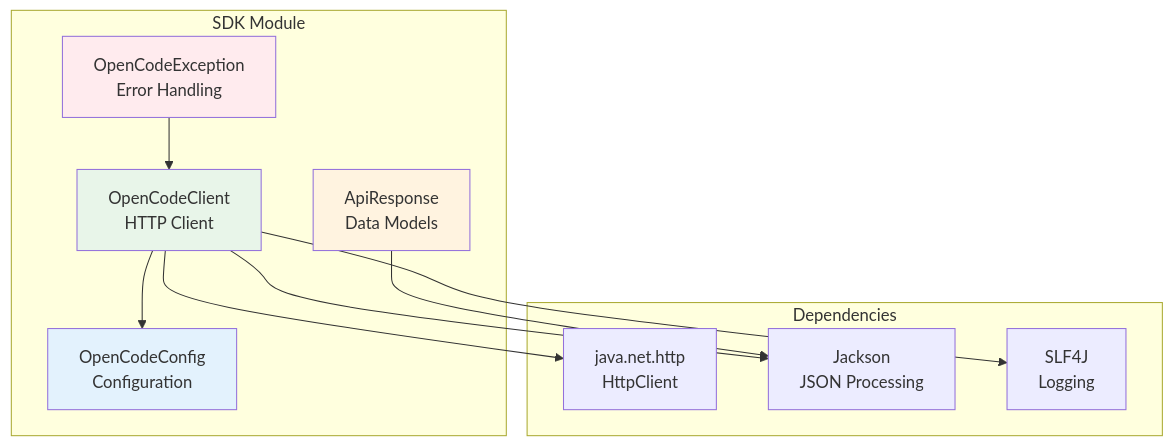
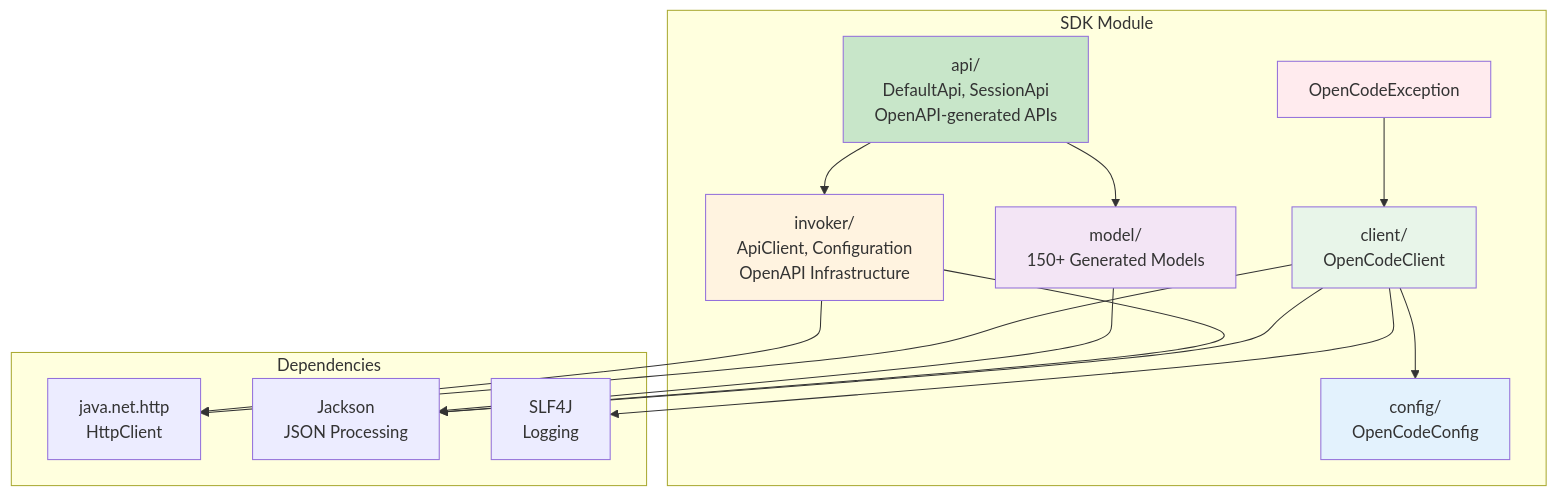
Before and after one commit to alexheadliner/opencode-java-sdk: the diagram in sdk/AGENTS.md, drawn with Mermaid. The commit also changed other lines of this file and 1 other file, not shown here.

````diff
--- a/sdk/AGENTS.md
+++ b/sdk/AGENTS.md
@@ -11,27 +11,35 @@
 ```mermaid
 flowchart TB
     subgraph "SDK Module"
-        CLIENT["OpenCodeClient<br/>HTTP Client"]
-        CONFIG["OpenCodeConfig<br/>Configuration"]
-        MODELS["ApiResponse<br/>Data Models"]
-        EXCEPTION["OpenCodeException<br/>Error Handling"]
+        API["api/<br/>DefaultApi, SessionApi<br/>OpenAPI-generated APIs"]
+        CLIENT["client/<br/>OpenCodeClient"]
+        CONFIG["config/<br/>OpenCodeConfig"]
+        INVOKER["invoker/<br/>ApiClient, Configuration<br/>OpenAPI Infrastructure"]
+        MODELS["model/<br/>150+ Generated Models"]
+        EXCEPTION["OpenCodeException"]
     end
 
     subgraph "Dependencies"
         HTTP["java.net.http<br/>HttpClient"]
         JACKSON["Jackson<br/>JSON Processing"]
         SLF4J["SLF4J<br/>Logging"]
     end
 
+    API --> INVOKER
+    API --> MODELS
     CLIENT --> CONFIG
     CLIENT --> HTTP
     CLIENT --> JACKSON
     CLIENT --> SLF4J
+    INVOKER --> HTTP
+    INVOKER --> JACKSON
     MODELS --> JACKSON
     EXCEPTION --> CLIENT
 
+    style API fill:#c8e6c9
     style CLIENT fill:#e8f5e9
     style CONFIG fill:#e3f2fd
-    style MODELS fill:#fff3e0
+    style INVOKER fill:#fff3e0
+    style MODELS fill:#f3e5f5
     style EXCEPTION fill:#ffebee
 ```
````
